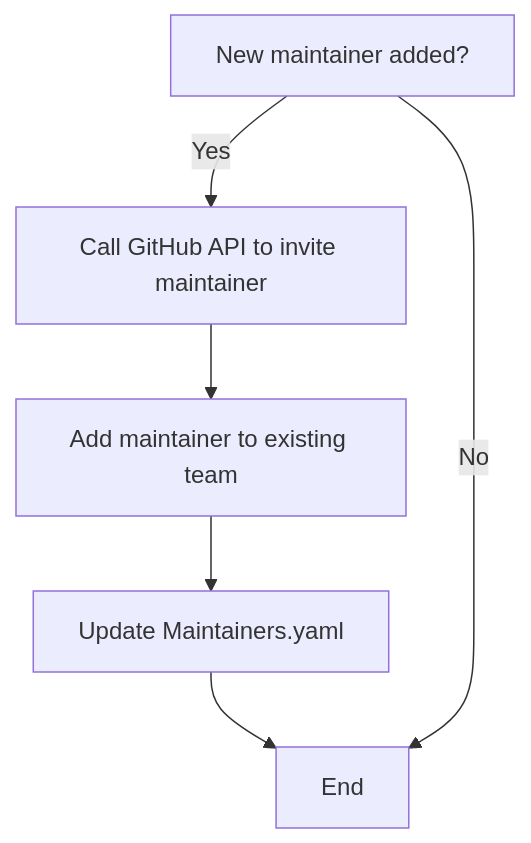
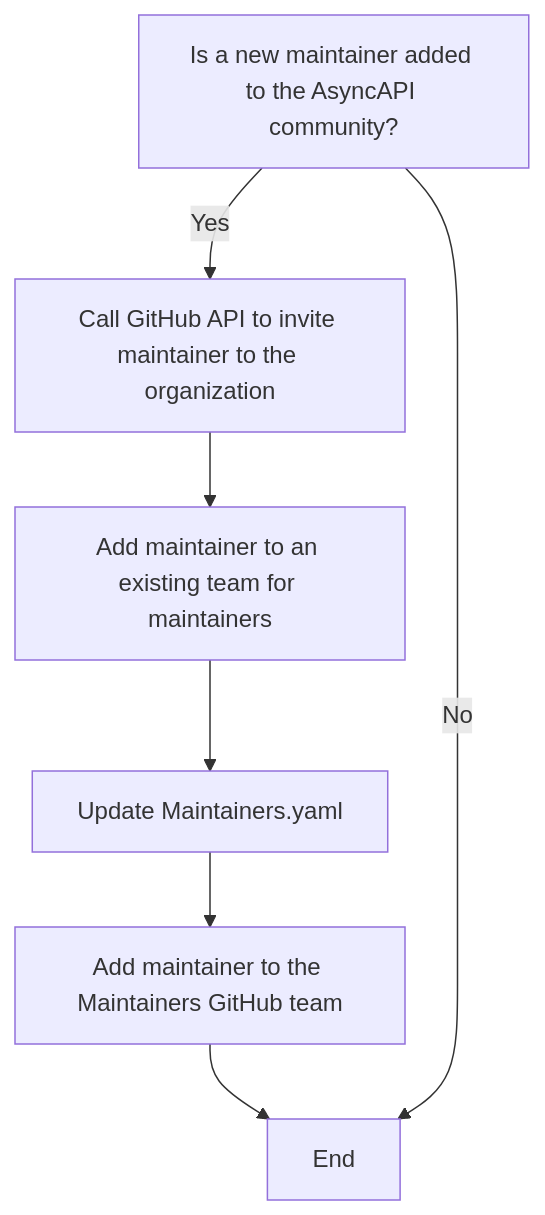
The seventh of 12 diagrams in scripts/README.md (14Richa/testRepo), drawn with Mermaid before and after one commit. The commit also changed other lines of this file, not shown here.

Commit message:
added updated flowchart

````diff
--- a/scripts/README.md
+++ b/scripts/README.md
@@ -120,8 +119,10 @@
 ```mermaid
 graph TD;
-A[New maintainer added?] --> |Yes| B[Call GitHub API to invite maintainer];
-B --> C[Add maintainer to existing team];
-C --> D[Update Maintainers.yaml];
-D --> E[End];
-A --> |No| E[End];
+    A[Is a new maintainer added to the AsyncAPI community?] --> |Yes| B[Call GitHub API to invite maintainer to the organization];
+    B --> C[Add maintainer to an existing team for maintainers];
+    C --> D[Update Maintainers.yaml];
+    D --> E[Add maintainer to the Maintainers GitHub team];
+    E --> F[End];
+    A --> |No| F[End];
+
 ```
````
